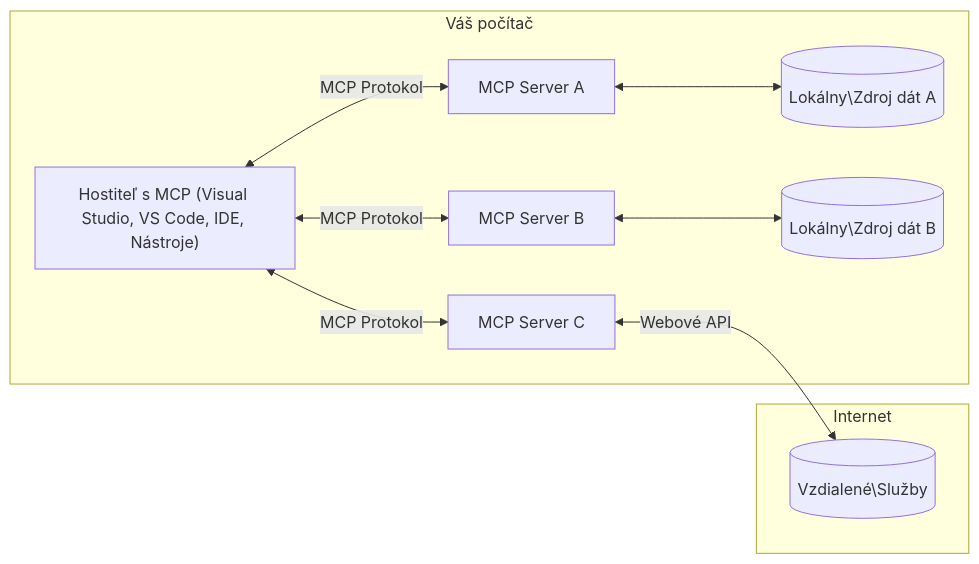
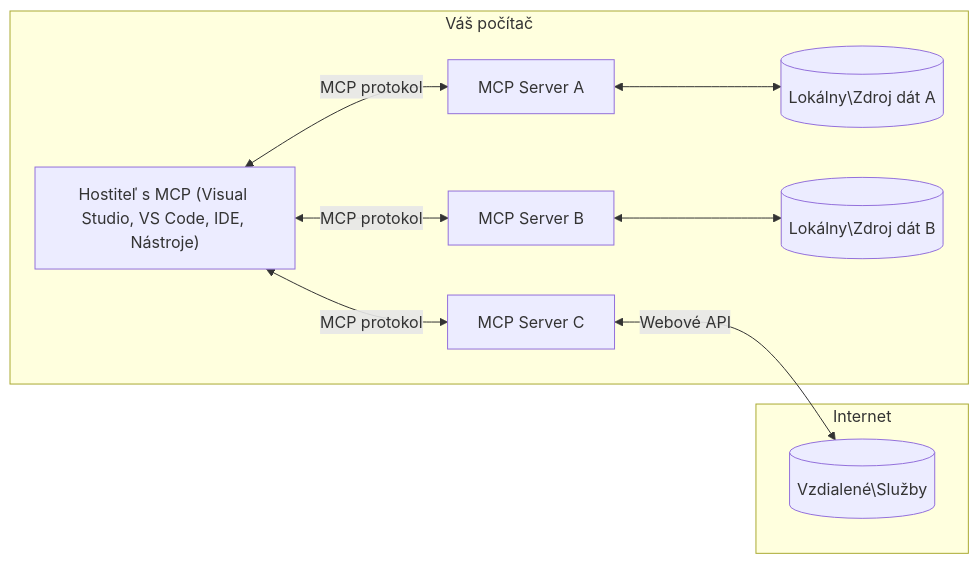
Before and after one commit to Mu-L/mcp-for-beginners: the diagram in translations/sk/01-CoreConcepts/README.md, drawn with Mermaid. The commit also changed other lines of this file and 110 other files, not shown here.

````diff
--- a/translations/sk/01-CoreConcepts/README.md
+++ b/translations/sk/01-CoreConcepts/README.md
@@ -45,17 +45,17 @@
 ```mermaid
 flowchart LR
     subgraph "Váš počítač"
         Host["Hostiteľ s MCP (Visual Studio, VS Code, IDE, Nástroje)"]
         S1["MCP Server A"]
         S2["MCP Server B"]
         S3["MCP Server C"]
-        Host <-->|"MCP Protokol"| S1
-        Host <-->|"MCP Protokol"| S2
-        Host <-->|"MCP Protokol"| S3
+        Host <-->|"MCP protokol"| S1
+        Host <-->|"MCP protokol"| S2
+        Host <-->|"MCP protokol"| S3
         S1 <--> D1[("Lokálny\Zdroj dát A")]
         S2 <--> D2[("Lokálny\Zdroj dát B")]
     end
     subgraph "Internet"
         S3 <-->|"Webové API"| D3[("Vzdialené\Služby")]
     end
 ```
````
